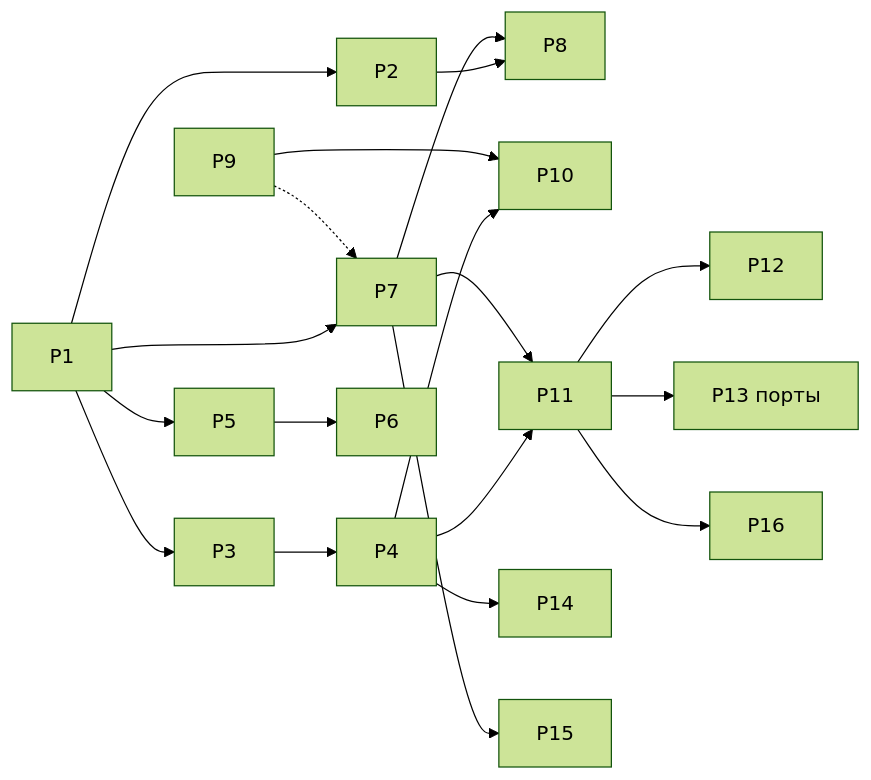
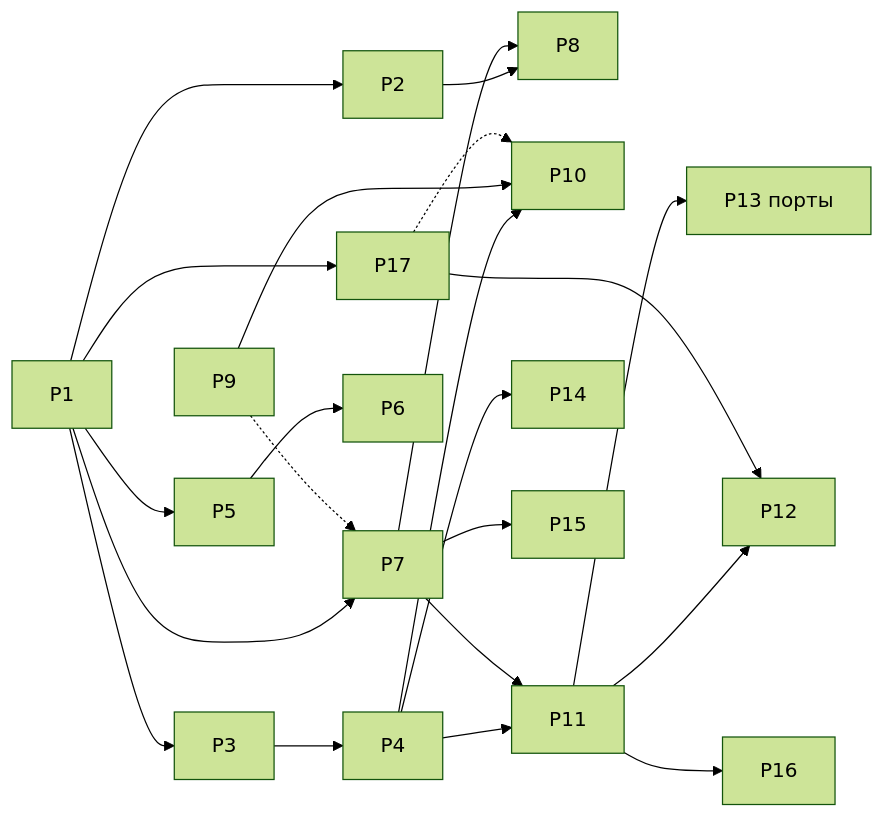
Before and after one commit to arynyklas/open-ncalayer: the third of 3 diagrams in docs/design/roadmap.md, drawn with Mermaid (forest theme). The commit also changed other lines of this file, not shown here.

Commit message:
docs: roadmap D28, the upstream NCALayer watcher (P17)

````diff
--- a/docs/design/roadmap.md
+++ b/docs/design/roadmap.md
@@ -148,14 +150,17 @@
 ```mermaid
 flowchart LR
   P1 --> P2 & P3 & P5 & P7
   P3 --> P4
   P5 --> P6
   P2 & P7 --> P8
   P4 --> P10 & P11 & P14
   P9 --> P10
   P11 --> P12 & P13[P13 порты]
   P7 --> P15
   P9 -.-> P7
   P11 --> P16
   P7 --> P11
+  P1 --> P17
+  P17 --> P12
+  P17 -.-> P10
 ```
````
